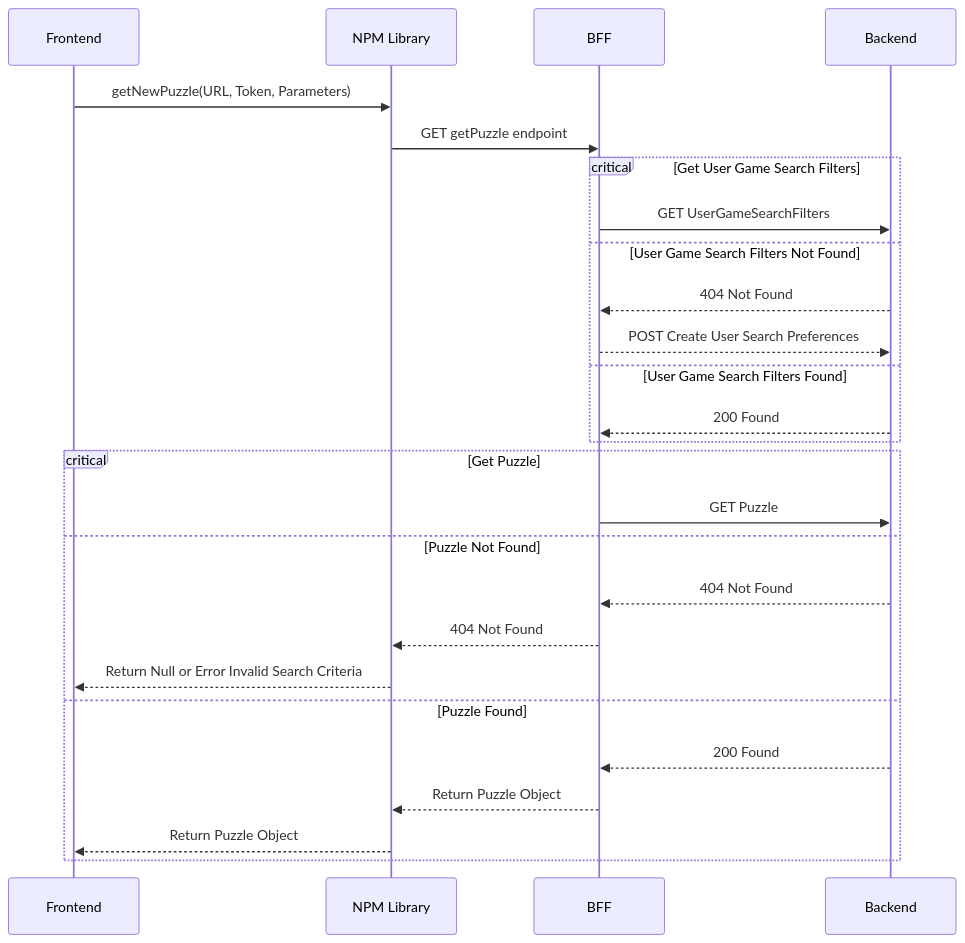
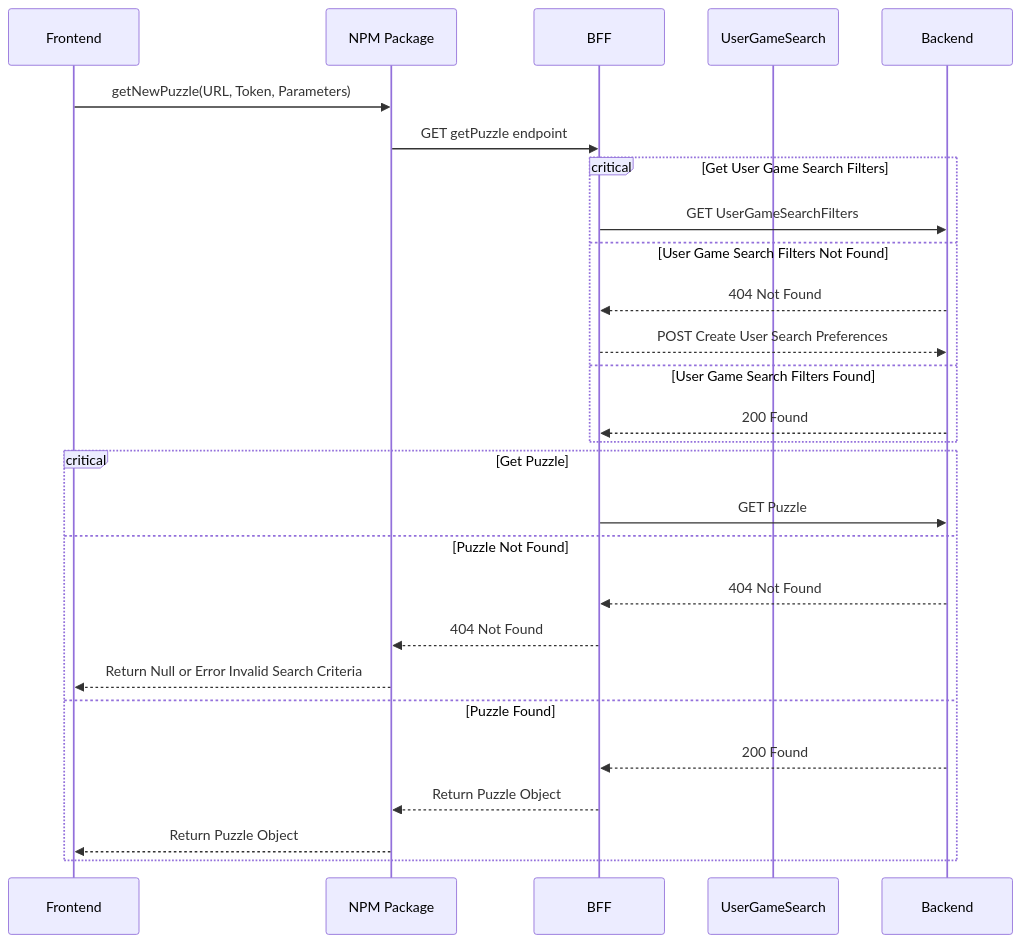
One commit to Sudokuru/Puzzle changed the first of 3 diagrams in Documentation/Diagrams/SequenceDiagram.md. Above: the diagram before and after it, drawn with Mermaid. The commit also changed other lines of this file, not shown here.

Commit message:
Changing "NPM Library" to "NPM Package"

````diff
--- a/Documentation/Diagrams/SequenceDiagram.md
+++ b/Documentation/Diagrams/SequenceDiagram.md
@@ -6,32 +6,32 @@
 ```mermaid
 sequenceDiagram
     participant Frontend
-    participant NPM Library
+    participant NPM Package
     participant BFF
-    participant Backend
+    participant UserGameSearch
     
     #GetNewPuzzle
-    Frontend->>NPM Library: getNewPuzzle(URL, Token, Parameters)
-    NPM Library->>BFF: GET getPuzzle endpoint
+    Frontend->>NPM Package: getNewPuzzle(URL, Token, Parameters)
+    NPM Package->>BFF: GET getPuzzle endpoint
 
     critical Get User Game Search Filters
         BFF->>Backend: GET UserGameSearchFilters
     option User Game Search Filters Not Found
         Backend-->>BFF: 404 Not Found
         BFF-->>Backend: POST Create User Search Preferences
     option User Game Search Filters Found
         Backend-->>BFF: 200 Found
     end
 
     critical Get Puzzle
         BFF->>Backend: GET Puzzle
     option Puzzle Not Found
         Backend-->>BFF: 404 Not Found
-        BFF-->>NPM Library: 404 Not Found
-        NPM Library-->>Frontend: Return Null or Error Invalid Search Criteria
+        BFF-->>NPM Package: 404 Not Found
+        NPM Package-->>Frontend: Return Null or Error Invalid Search Criteria
     option Puzzle Found
         Backend-->>BFF: 200 Found
-        BFF-->>NPM Library: Return Puzzle Object
-        NPM Library-->>Frontend: Return Puzzle Object
+        BFF-->>NPM Package: Return Puzzle Object
+        NPM Package-->>Frontend: Return Puzzle Object
     end
 ```
````
